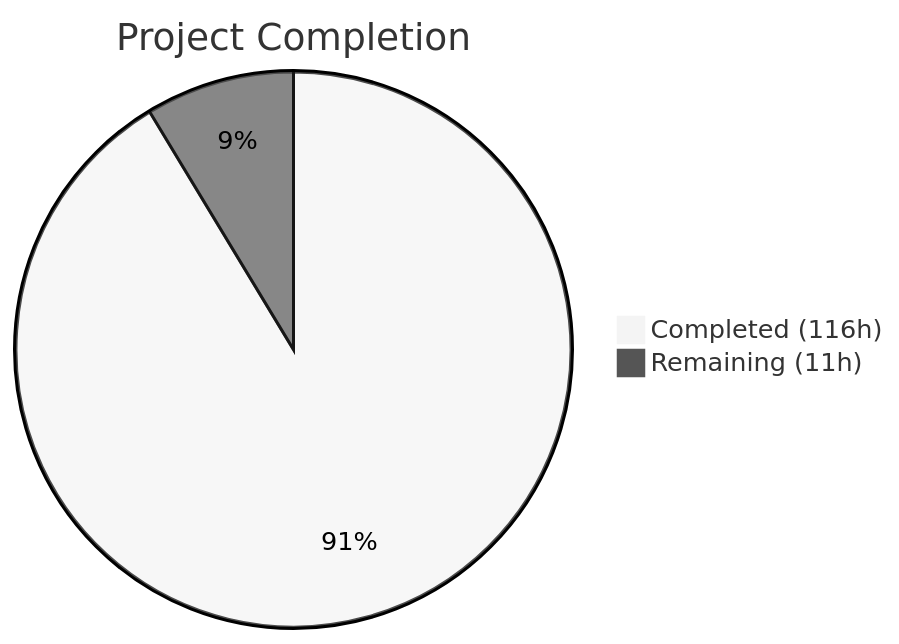
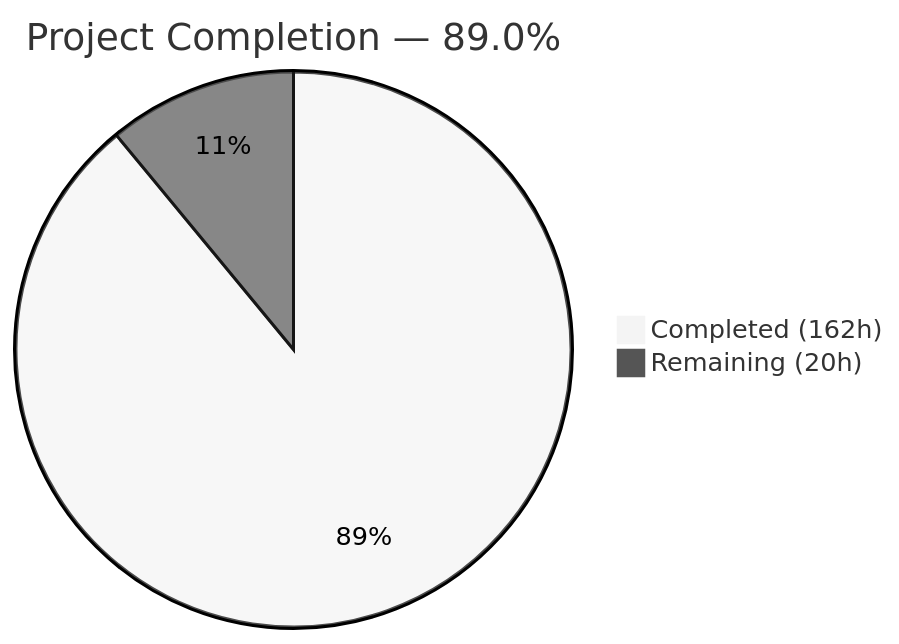
The first of 2 diagrams in blitzy/documentation/Project Guide.md (blitzy-public-samples/blitzy-kubernetes), drawn with Mermaid (neutral theme) before and after one commit. The commit also changed other lines of this file, not shown here.

Commit message:
Adding Blitzy Project Guide: Project Status and Human Tasks Remaining

````diff
--- a/blitzy/documentation/Project Guide.md
+++ b/blitzy/documentation/Project Guide.md
@@ -13,5 +13,5 @@
 ```mermaid
-pie title Project Completion
-    "Completed (116h)" : 116
-    "Remaining (11h)" : 11
+pie title Project Completion — 89.0%
+    "Completed (162h)" : 162
+    "Remaining (20h)" : 20
 ```
````
